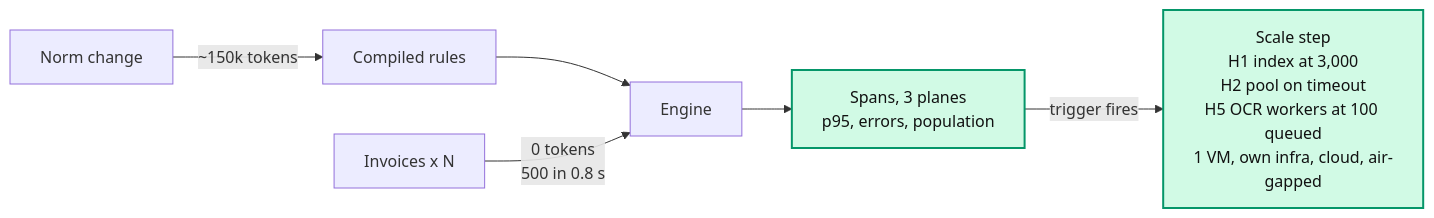
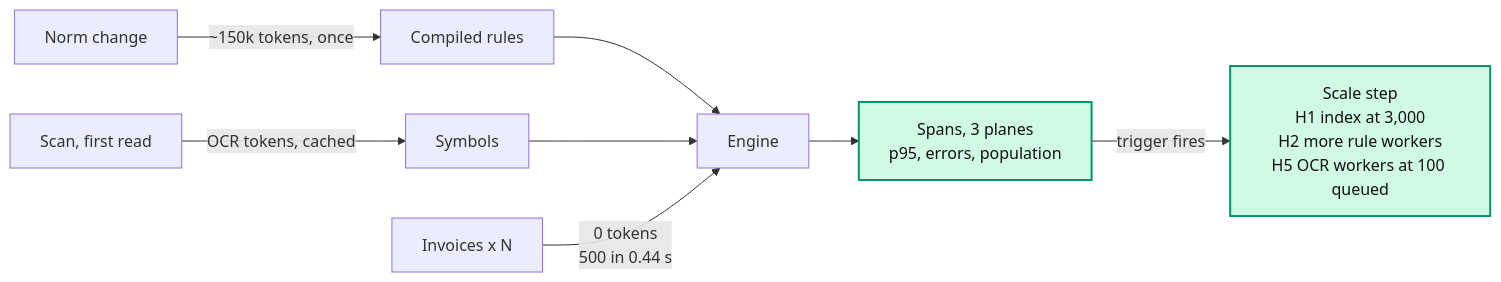
Before and after one commit to Martinhdeez/trace-it: the diagram in docs/adr/D-cost-per-norm-scale-by-measure.md, drawn with Mermaid. The commit also changed other lines of this file and 41 other files, not shown here.

````diff
--- a/docs/adr/D-cost-per-norm-scale-by-measure.md
+++ b/docs/adr/D-cost-per-norm-scale-by-measure.md
@@ -35,10 +72,12 @@
 ```mermaid
 flowchart LR
-  NC["Norm change"] -- "~150k tokens" --> RC["Compiled rules"]
+  NC["Norm change"] -- "~150k tokens, once" --> RC["Compiled rules"]
+  SC["Scan, first read"] -- "OCR tokens, cached" --> SY["Symbols"]
   RC --> EN["Engine"]
-  IN["Invoices x N"] -- "0 tokens<br/>500 in 0.8 s" --> EN
+  SY --> EN
+  IN["Invoices x N"] -- "0 tokens<br/>500 in 0.44 s" --> EN
   EN --> MET["Spans, 3 planes<br/>p95, errors, population"]
-  MET -- "trigger fires" --> H["Scale step<br/>H1 index at 3,000<br/>H2 pool on timeout<br/>H5 OCR workers at 100 queued<br/>1 VM, own infra, cloud, air-gapped"]
+  MET -- "trigger fires" --> H["Scale step<br/>H1 index at 3,000<br/>H2 more rule workers<br/>H5 OCR workers at 100 queued"]
   classDef kd fill:#d1fae5,stroke:#059669,stroke-width:2px,color:#111
   class MET,H kd
 ```
````
